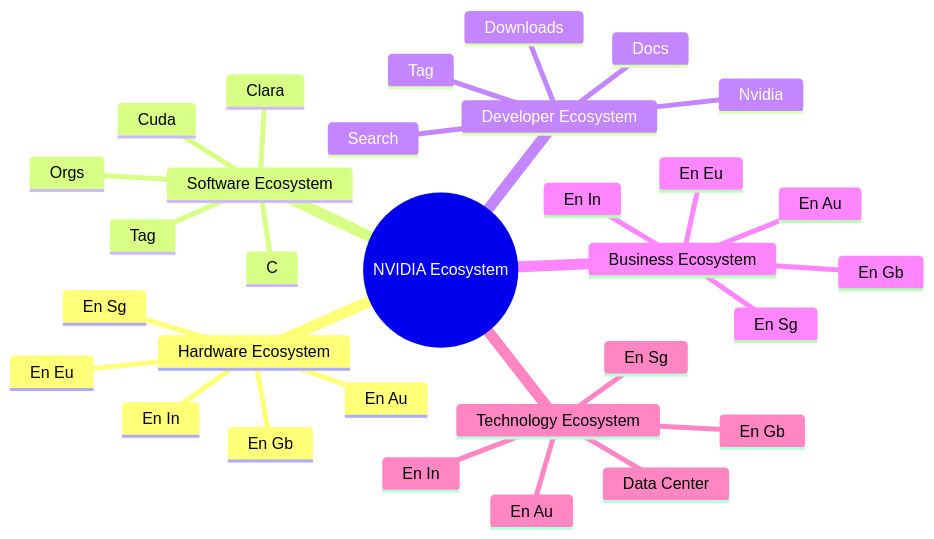
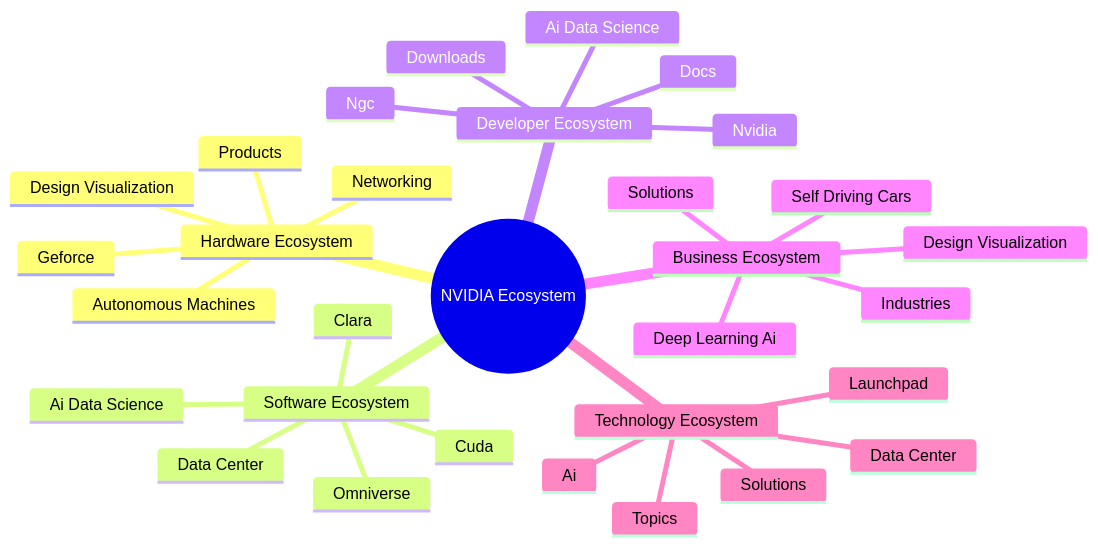
Before and after one commit to chenxingqiang/Nvidia-Software-Ecosystem: the first of 5 diagrams in output/reports/nvidia_ecosystem_diagrams.md, drawn with Mermaid. The commit also changed other lines of this file and 14 other files, not shown here.

````diff
--- a/output/reports/nvidia_ecosystem_diagrams.md
+++ b/output/reports/nvidia_ecosystem_diagrams.md
@@ -7,34 +7,34 @@
 ```mermaid
 mindmap
   root((NVIDIA Ecosystem))
     Hardware Ecosystem
-      En Gb
-      En Au
-      En In
-      En Sg
-      En Eu
+      Geforce
+      Networking
+      Products
+      Design Visualization
+      Autonomous Machines
     Software Ecosystem
-      Tag
-      C
+      Omniverse
+      Clara
       Cuda
-      Orgs
-      Clara
+      Ai Data Science
+      Data Center
     Developer Ecosystem
-      Search
-      Tag
       Docs
+      Ai Data Science
       Nvidia
       Downloads
+      Ngc
     Business Ecosystem
-      En In
-      En Au
-      En Gb
-      En Sg
-      En Eu
+      Industries
+      Solutions
+      Self Driving Cars
+      Deep Learning Ai
+      Design Visualization
     Technology Ecosystem
       Data Center
-      En In
-      En Sg
-      En Au
-      En Gb
+      Ai
+      Launchpad
+      Topics
+      Solutions
 ```
````
